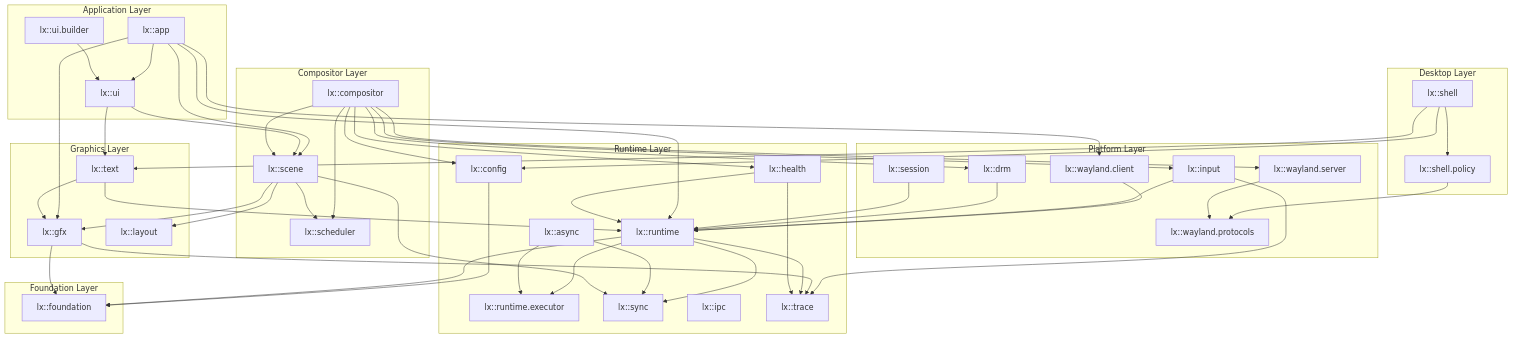
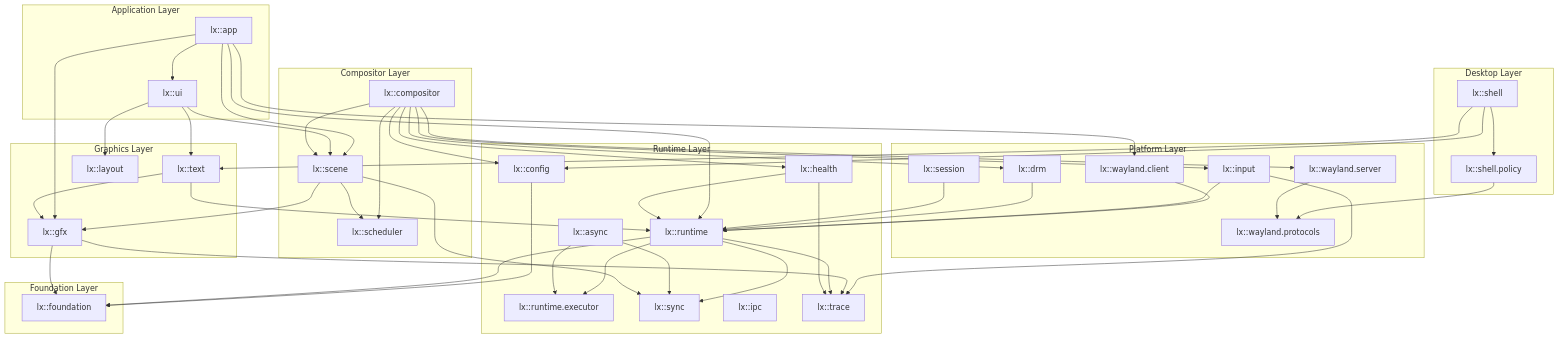
The diagram in docs/uml/01-package-layers.mmd (dimmus/lumen), drawn with Mermaid before and after one commit. The commit also changed 34 other files, not shown here.

```diff
--- a/docs/uml/01-package-layers.mmd
+++ b/docs/uml/01-package-layers.mmd
@@ -1,90 +1,88 @@
 flowchart TB
     subgraph Apps["Application Layer"]
         APP["lx::app"]
         UI["lx::ui"]
-        UIB["lx::ui.builder"]
     end
 
     subgraph Desktop["Desktop Layer"]
         SHELL["lx::shell"]
         POLICY["lx::shell.policy"]
     end
 
     subgraph Compositing["Compositor Layer"]
         COMP["lx::compositor"]
         SCENE["lx::scene"]
         SCHED["lx::scheduler"]
     end
 
     subgraph Graphics["Graphics Layer"]
         GFX["lx::gfx"]
         TEXT["lx::text"]
         LAYOUT["lx::layout"]
     end
 
     subgraph Platform["Platform Layer"]
         WLS["lx::wayland.server"]
         WLC["lx::wayland.client"]
         WLPROT["lx::wayland.protocols"]
         INPUT["lx::input"]
         SESSION["lx::session"]
         DRM["lx::drm"]
     end
 
     subgraph Runtime["Runtime Layer"]
         RT["lx::runtime"]
         EXEC["lx::runtime.executor"]
         SYNC["lx::sync"]
         IPC["lx::ipc"]
         ASYNC["lx::async"]
         TRACE["lx::trace"]
         HEALTH["lx::health"]
         CONFIG["lx::config"]
     end
 
     subgraph Foundation["Foundation Layer"]
         FOUND["lx::foundation"]
     end
 
     APP --> UI
     APP --> GFX
     APP --> SCENE
     APP --> WLC
     APP --> RT
     UI --> SCENE
     UI --> TEXT
-    UIB --> UI
+    UI --> LAYOUT
     SHELL --> POLICY
     SHELL --> TEXT
     POLICY --> WLPROT
     COMP --> WLS
     COMP --> SCENE
     COMP --> SCHED
     COMP --> INPUT
     COMP --> DRM
     COMP --> HEALTH
     COMP --> CONFIG
     SHELL --> CONFIG
     SCENE --> GFX
-    SCENE --> LAYOUT
     SCENE --> SCHED
     WLS --> WLPROT
     WLC --> RT
     INPUT --> RT
     INPUT --> TRACE
     DRM --> RT
     SESSION --> RT
     GFX --> FOUND
     GFX --> TRACE
     TEXT --> RT
     TEXT --> GFX
     RT --> EXEC
     RT --> SYNC
     RT --> TRACE
     HEALTH --> RT
     HEALTH --> TRACE
     CONFIG --> FOUND
     ASYNC --> SYNC
     ASYNC --> EXEC
     SCENE --> SYNC
     RT --> FOUND
```
